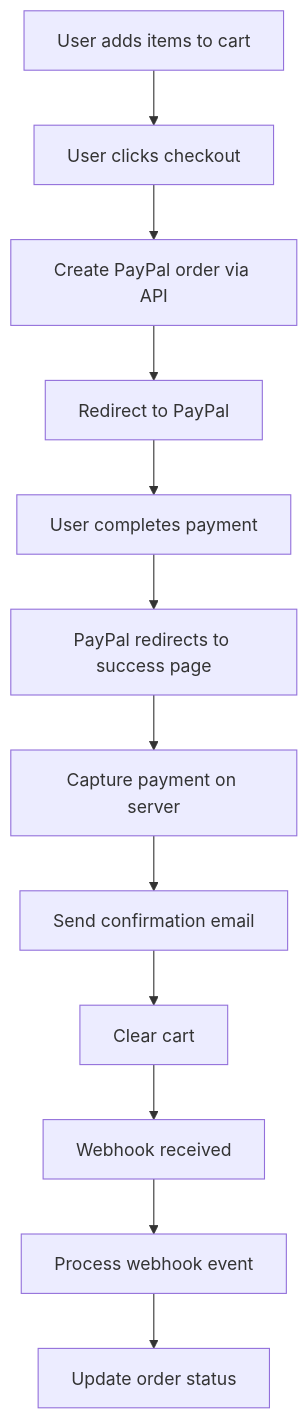
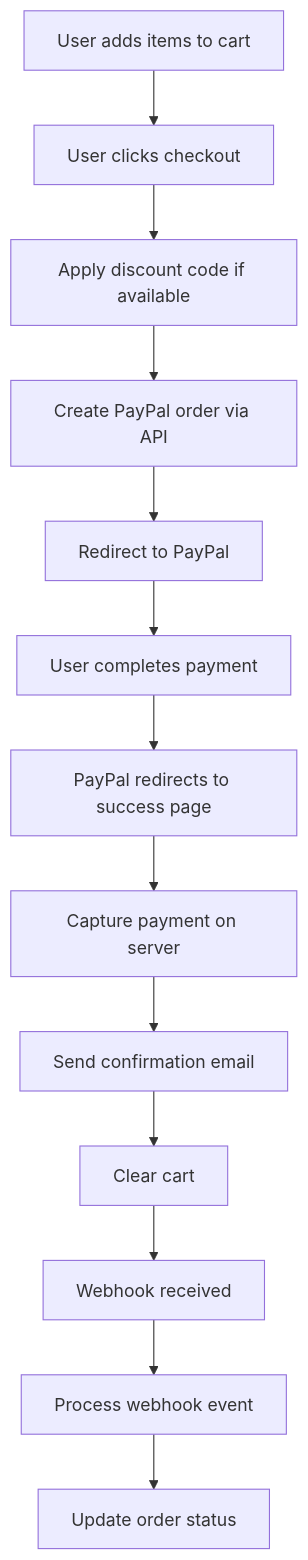
One commit to mariaisabeljuarezgomez/lyric_art_studio changed the diagram in PAYPAL_INTEGRATION_IMPLEMENTATION.md. Above: the diagram before and after it, drawn with Mermaid. The commit also changed other lines of this file and 8 other files, not shown here.

First line of the commit message:
🔧 CRITICAL FIX: Discount usage tracking system - Fixed one-time use enforcement for WELCOME100 code

````diff
--- a/PAYPAL_INTEGRATION_IMPLEMENTATION.md
+++ b/PAYPAL_INTEGRATION_IMPLEMENTATION.md
@@ -319,14 +455,15 @@
 ```mermaid
 graph TD
     A[User adds items to cart] --> B[User clicks checkout]
-    B --> C[Create PayPal order via API]
-    C --> D[Redirect to PayPal]
-    D --> E[User completes payment]
-    E --> F[PayPal redirects to success page]
-    F --> G[Capture payment on server]
-    G --> H[Send confirmation email]
-    H --> I[Clear cart]
-    I --> J[Webhook received]
-    J --> K[Process webhook event]
-    K --> L[Update order status]
+    B --> C[Apply discount code if available]
+    C --> D[Create PayPal order via API]
+    D --> E[Redirect to PayPal]
+    E --> F[User completes payment]
+    F --> G[PayPal redirects to success page]
+    G --> H[Capture payment on server]
+    H --> I[Send confirmation email]
+    I --> J[Clear cart]
+    J --> K[Webhook received]
+    K --> L[Process webhook event]
+    L --> M[Update order status]
 ```
````
